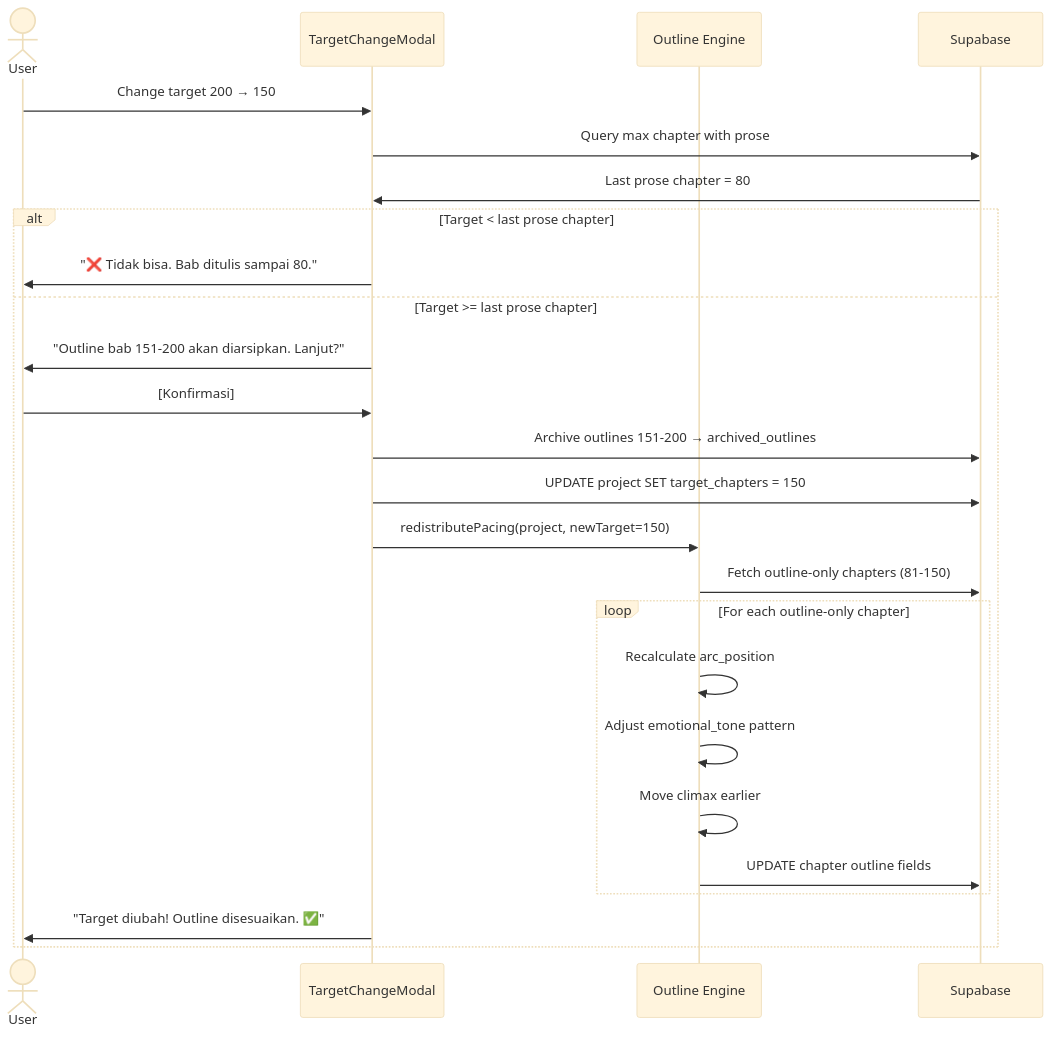
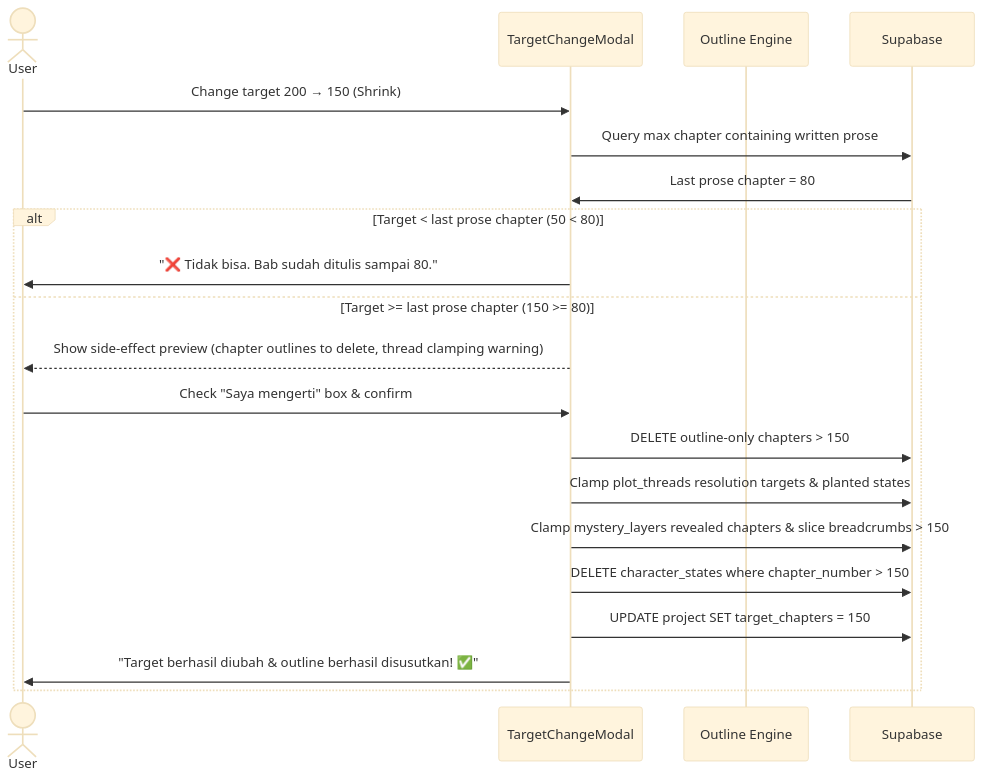
One commit to moxsenna/vibenovel changed the eighth of 11 diagrams in architecture.md. Above: the diagram before and after it, drawn with Mermaid (base theme). The commit also changed other lines of this file and 43 other files, not shown here.

````diff
--- a/architecture.md
+++ b/architecture.md
@@ -607,34 +731,27 @@
 ```mermaid
 sequenceDiagram
     actor User
     participant Modal as TargetChangeModal
     participant OE as Outline Engine
     participant DB as Supabase
 
-    User->>Modal: Change target 200 → 150
+    User->>Modal: Change target 200 → 150 (Shrink)
     
-    Modal->>DB: Query max chapter with prose
+    Modal->>DB: Query max chapter containing written prose
     DB->>Modal: Last prose chapter = 80
     
-    alt Target < last prose chapter
-        Modal->>User: "❌ Tidak bisa. Bab ditulis sampai 80."
-    else Target >= last prose chapter
-        Modal->>User: "Outline bab 151-200 akan diarsipkan. Lanjut?"
-        User->>Modal: [Konfirmasi]
+    alt Target < last prose chapter (50 < 80)
+        Modal->>User: "❌ Tidak bisa. Bab sudah ditulis sampai 80."
+    else Target >= last prose chapter (150 >= 80)
+        Modal-->>User: Show side-effect preview (chapter outlines to delete, thread clamping warning)
+        User->>Modal: Check "Saya mengerti" box & confirm
         
-        Modal->>DB: Archive outlines 151-200 → archived_outlines
+        Modal->>DB: DELETE outline-only chapters > 150
+        Modal->>DB: Clamp plot_threads resolution targets & planted states
+        Modal->>DB: Clamp mystery_layers revealed chapters & slice breadcrumbs > 150
+        Modal->>DB: DELETE character_states where chapter_number > 150
         Modal->>DB: UPDATE project SET target_chapters = 150
         
-        Modal->>OE: redistributePacing(project, newTarget=150)
-        OE->>DB: Fetch outline-only chapters (81-150)
-        
-        loop For each outline-only chapter
-            OE->>OE: Recalculate arc_position
-            OE->>OE: Adjust emotional_tone pattern
-            OE->>OE: Move climax earlier
-            OE->>DB: UPDATE chapter outline fields
-        end
-        
-        Modal->>User: "Target diubah! Outline disesuaikan. ✅"
+        Modal->>User: "Target berhasil diubah & outline berhasil disusutkan! ✅"
     end
 ```
````
